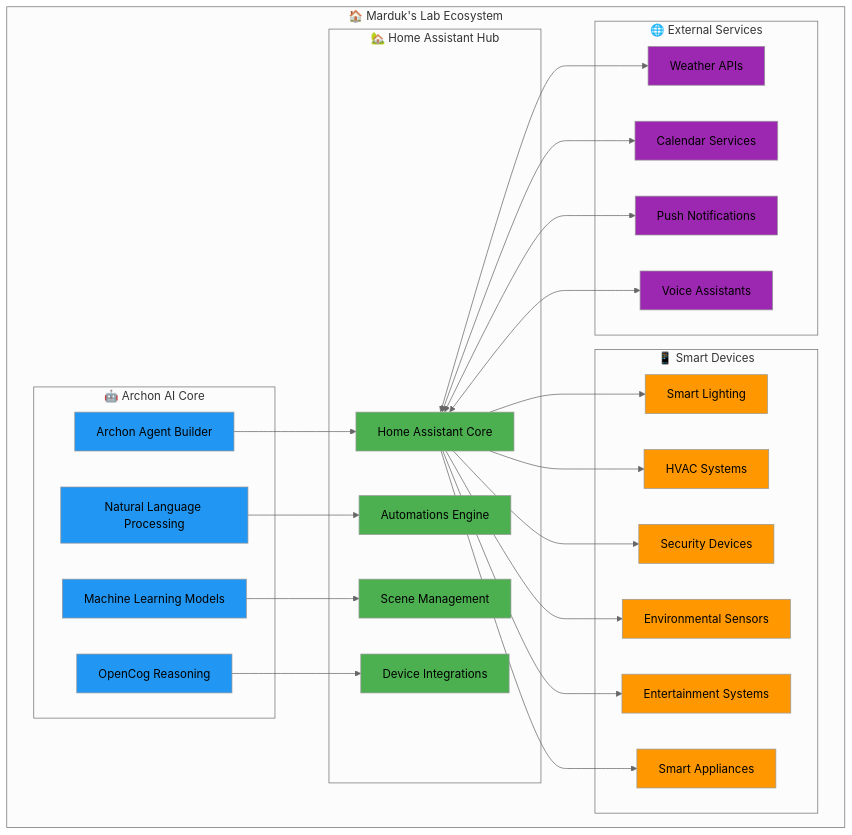
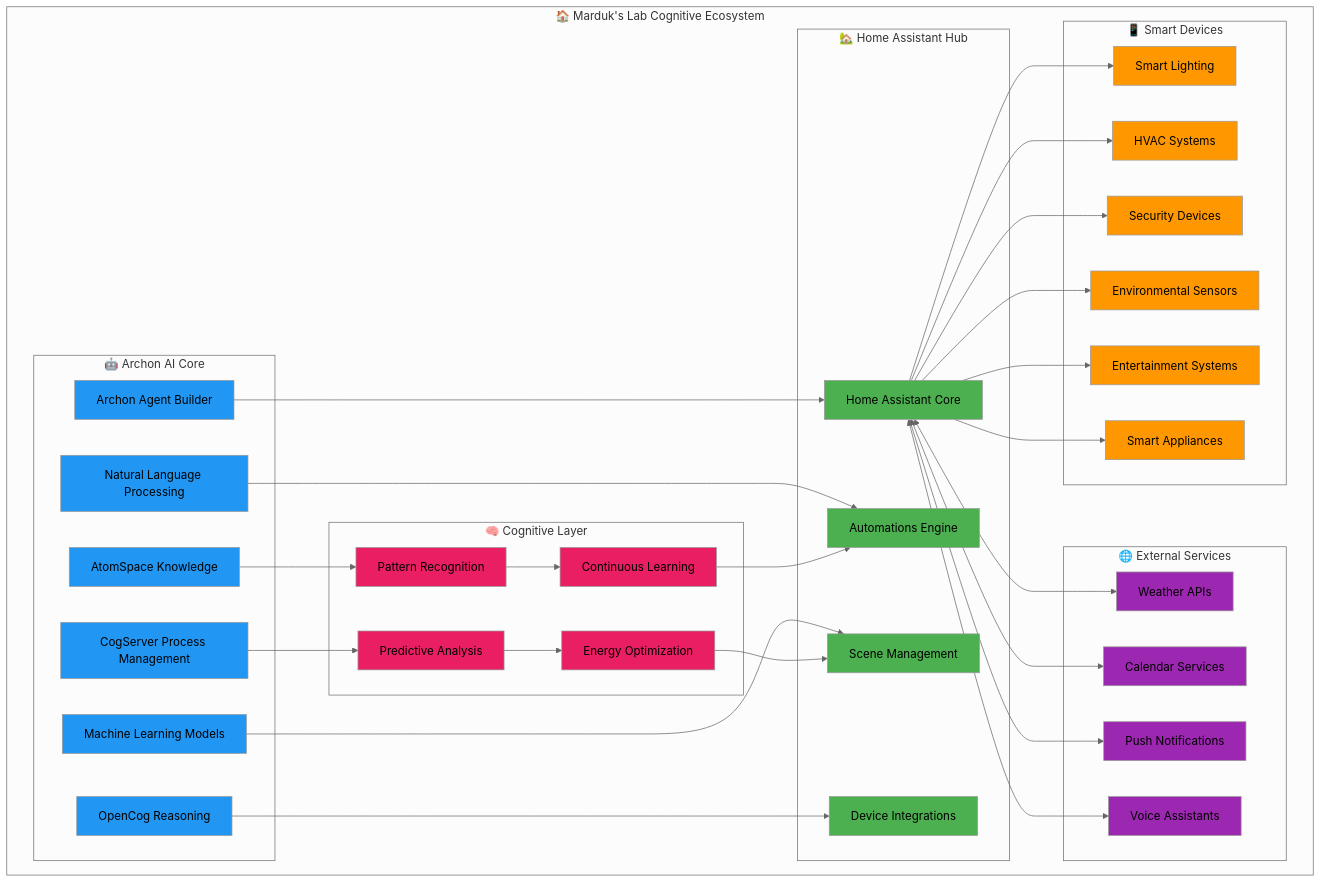
Before and after one commit to EchoCog/Archon: the first of 11 diagrams in docs/HOME_ASSISTANT_INTEGRATION.md, drawn with Mermaid (neutral theme). The commit also changed other lines of this file and 1 other file, not shown here.

Commit message:
Update documentation to reflect OpenCog integration with Marduk's Lab

````diff
--- a/docs/HOME_ASSISTANT_INTEGRATION.md
+++ b/docs/HOME_ASSISTANT_INTEGRATION.md
@@ -7,61 +15,79 @@
 ```mermaid
 graph TB
-    subgraph "🏠 Marduk's Lab Ecosystem"
+    subgraph "🏠 Marduk's Lab Cognitive Ecosystem"
         subgraph "🤖 Archon AI Core"
             ARCHON[Archon Agent Builder]
             NLP[Natural Language Processing]
             ML[Machine Learning Models]
             REASONING[OpenCog Reasoning]
+            ATOMSPACE[AtomSpace Knowledge]
+            COGSERVER[CogServer Process Management]
         end
         
         subgraph "🏡 Home Assistant Hub"
             HA[Home Assistant Core]
             AUTO[Automations Engine]
             SCENES[Scene Management]
             INTEGRATIONS[Device Integrations]
         end
         
         subgraph "📱 Smart Devices"
             LIGHTS[Smart Lighting]
             CLIMATE[HVAC Systems]
             SECURITY[Security Devices]
             SENSORS[Environmental Sensors]
             MEDIA[Entertainment Systems]
             APPLIANCES[Smart Appliances]
         end
         
         subgraph "🌐 External Services"
             WEATHER[Weather APIs]
             CALENDAR[Calendar Services]
             NOTIFICATIONS[Push Notifications]
             VOICE[Voice Assistants]
         end
+        
+        subgraph "🧠 Cognitive Layer"
+            PATTERN[Pattern Recognition]
+            PREDICT[Predictive Analysis]
+            LEARN[Continuous Learning]
+            OPTIMIZE[Energy Optimization]
+        end
     end
     
     ARCHON --> HA
     NLP --> AUTO
     ML --> SCENES
     REASONING --> INTEGRATIONS
+    ATOMSPACE --> PATTERN
+    COGSERVER --> PREDICT
     
     HA --> LIGHTS
     HA --> CLIMATE
     HA --> SECURITY
     HA --> SENSORS
     HA --> MEDIA
     HA --> APPLIANCES
     
     HA <--> WEATHER
     HA <--> CALENDAR
     HA <--> NOTIFICATIONS
     HA <--> VOICE
     
+    PATTERN --> LEARN
+    PREDICT --> OPTIMIZE
+    LEARN --> AUTO
+    OPTIMIZE --> SCENES
+    
     classDef ai fill:#2196f3
     classDef ha fill:#4caf50
     classDef devices fill:#ff9800
     classDef services fill:#9c27b0
+    classDef cognitive fill:#e91e63
     
-    class ARCHON,NLP,ML,REASONING ai
+    class ARCHON,NLP,ML,REASONING,ATOMSPACE,COGSERVER ai
     class HA,AUTO,SCENES,INTEGRATIONS ha
     class LIGHTS,CLIMATE,SECURITY,SENSORS,MEDIA,APPLIANCES devices
     class WEATHER,CALENDAR,NOTIFICATIONS,VOICE services
+    class PATTERN,PREDICT,LEARN,OPTIMIZE cognitive
 ```
````
